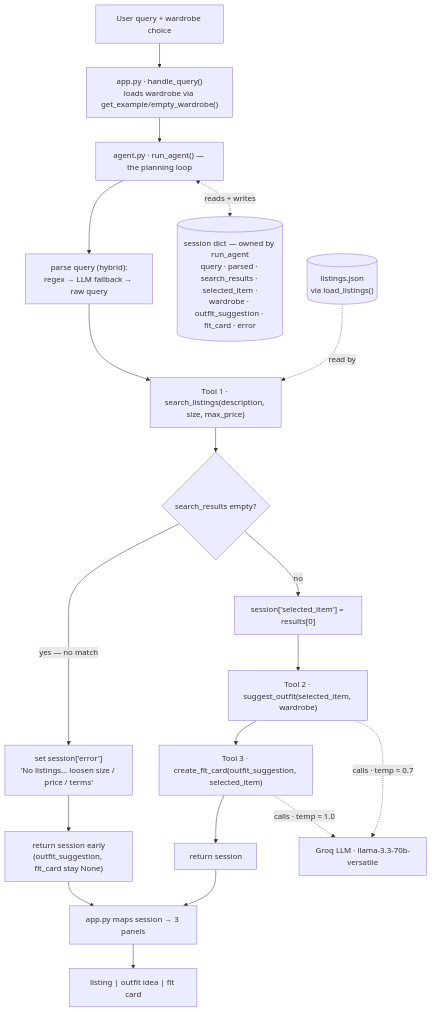
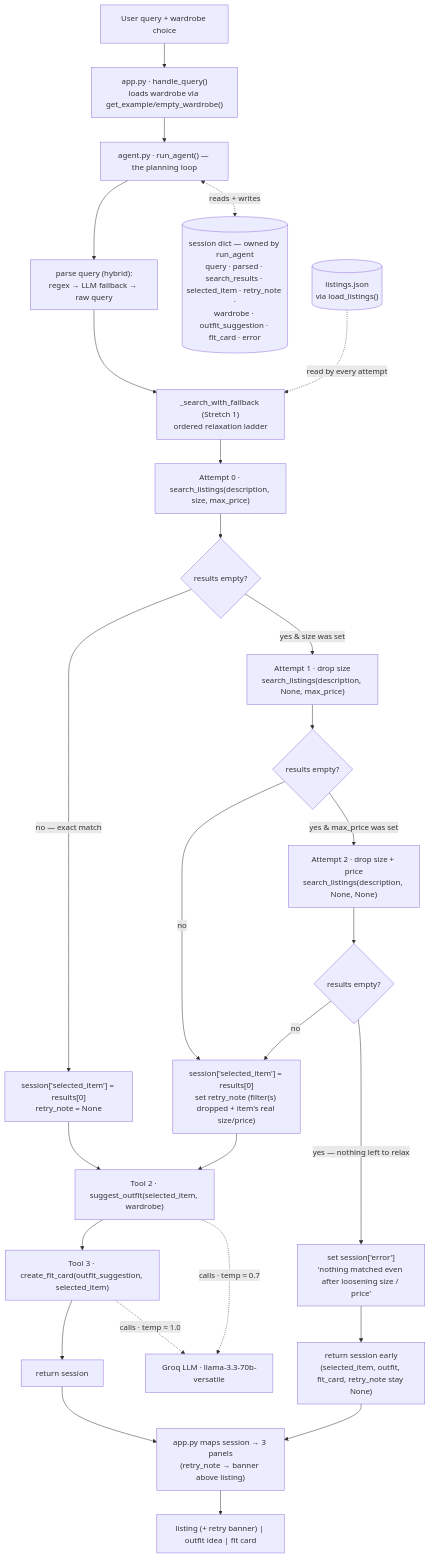
Before and after one commit to Y4dd/ai201-project2-fitfindr-starter: the diagram in planning.md, drawn with Mermaid. The commit also changed other lines of this file and 2 other files, not shown here.

First line of the commit message:
SP1: plan retry-logic-with-fallback + restructure stretch workflow

````diff
--- a/planning.md
+++ b/planning.md
@@ -224,28 +251,36 @@
 ```mermaid
 flowchart TD
     U["User query + wardrobe choice"] --> APP["app.py · handle_query()<br/>loads wardrobe via get_example/empty_wardrobe()"]
     APP --> RA["agent.py · run_agent() — the planning loop"]
     RA --> PARSE["parse query (hybrid):<br/>regex → LLM fallback → raw query"]
-    PARSE --> S1["Tool 1 · search_listings(description, size, max_price)"]
-    S1 --> DEC{"search_results empty?"}
-    DEC -- "yes — no match" --> ERR["set session['error']<br/>'No listings… loosen size / price / terms'"]
-    ERR --> RET["return session early<br/>(outfit_suggestion, fit_card stay None)"]
-    DEC -- "no" --> SEL["session['selected_item'] = results[0]"]
+    PARSE --> SF["_search_with_fallback (Stretch 1)<br/>ordered relaxation ladder"]
+    SF --> A0["Attempt 0 · search_listings(description, size, max_price)"]
+    A0 --> D0{"results empty?"}
+    D0 -- "no — exact match" --> SEL["session['selected_item'] = results[0]<br/>retry_note = None"]
+    D0 -- "yes & size was set" --> A1["Attempt 1 · drop size<br/>search_listings(description, None, max_price)"]
+    A1 --> D1{"results empty?"}
+    D1 -- "no" --> SELR["session['selected_item'] = results[0]<br/>set retry_note (filter(s) dropped + item's real size/price)"]
+    D1 -- "yes & max_price was set" --> A2["Attempt 2 · drop size + price<br/>search_listings(description, None, None)"]
+    A2 --> D2{"results empty?"}
+    D2 -- "no" --> SELR
+    D2 -- "yes — nothing left to relax" --> ERR["set session['error']<br/>'nothing matched even after loosening size / price'"]
+    ERR --> RET["return session early<br/>(selected_item, outfit, fit_card, retry_note stay None)"]
     SEL --> S2["Tool 2 · suggest_outfit(selected_item, wardrobe)"]
+    SELR --> S2
     S2 --> S3["Tool 3 · create_fit_card(outfit_suggestion, selected_item)"]
     S3 --> RET2["return session"]
-    RET --> APP2["app.py maps session → 3 panels"]
+    RET --> APP2["app.py maps session → 3 panels<br/>(retry_note → banner above listing)"]
     RET2 --> APP2
-    APP2 --> OUT["listing | outfit idea | fit card"]
+    APP2 --> OUT["listing (+ retry banner) | outfit idea | fit card"]
 
     %% session state — owned by the loop, never read by the tools
-    SESS[("session dict — owned by run_agent<br/>query · parsed · search_results · selected_item ·<br/>wardrobe · outfit_suggestion · fit_card · error")]
+    SESS[("session dict — owned by run_agent<br/>query · parsed · search_results · selected_item · retry_note ·<br/>wardrobe · outfit_suggestion · fit_card · error")]
     RA <-. "reads + writes" .-> SESS
 
     %% external data sources / services the tools depend on
     DATA[("listings.json<br/>via load_listings()")]
-    DATA -. "read by" .-> S1
+    DATA -. "read by every attempt" .-> SF
     LLM["Groq LLM · llama-3.3-70b-versatile"]
     S2 -. "calls · temp ≈ 0.7" .-> LLM
     S3 -. "calls · temp ≈ 1.0" .-> LLM
 ```
````
